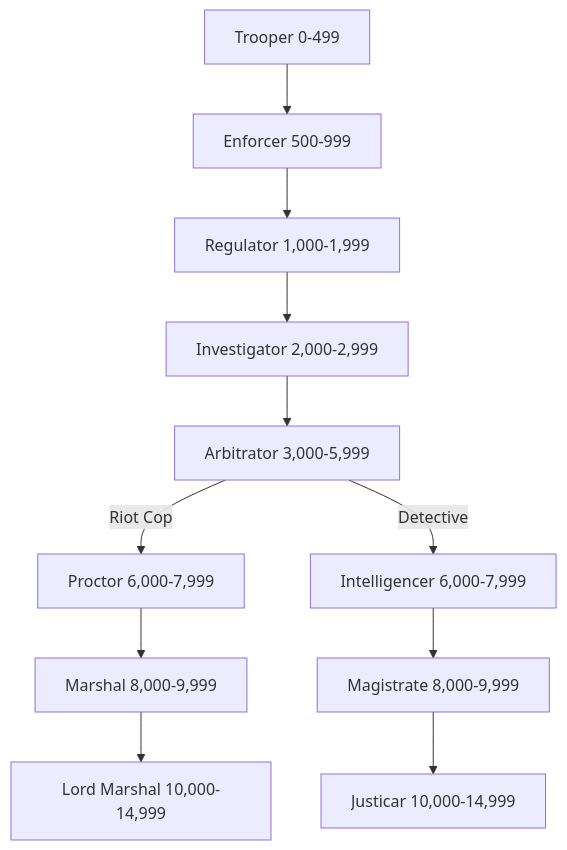
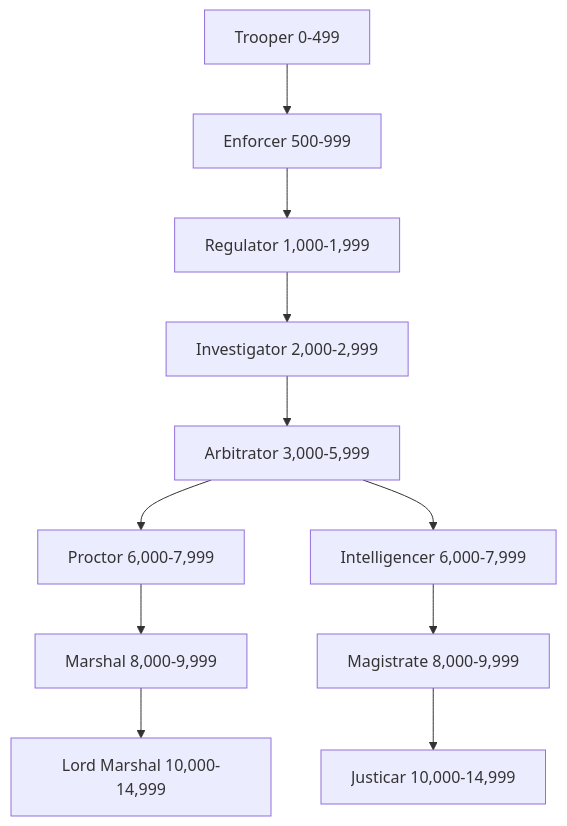
The diagram in Careers/Arbitrator.md (zyzyx159/Rule-books), drawn with Mermaid before and after one commit. The commit also changed other lines of this file and 1 other file, not shown here.

````diff
--- a/Careers/Arbitrator.md
+++ b/Careers/Arbitrator.md
@@ -22,13 +22,13 @@
 ```mermaid
 graph TD
 A[Trooper 0-499] --> B[Enforcer 500-999]
 B --> C[Regulator 1,000-1,999]
 C --> D[Investigator 2,000-2,999]
 D --> E[Arbitrator 3,000-5,999]
-E -- Riot Cop --> F[Proctor 6,000-7,999]
+E --> F[Proctor 6,000-7,999]
 F --> G[Marshal 8,000-9,999]
 G --> H[Lord Marshal 10,000-14,999]
-E -- Detective --> I[Intelligencer 6,000-7,999]
+E --> I[Intelligencer 6,000-7,999]
 I --> J[Magistrate 8,000-9,999]
 J --> K[Justicar 10,000-14,999]
 ```
````
